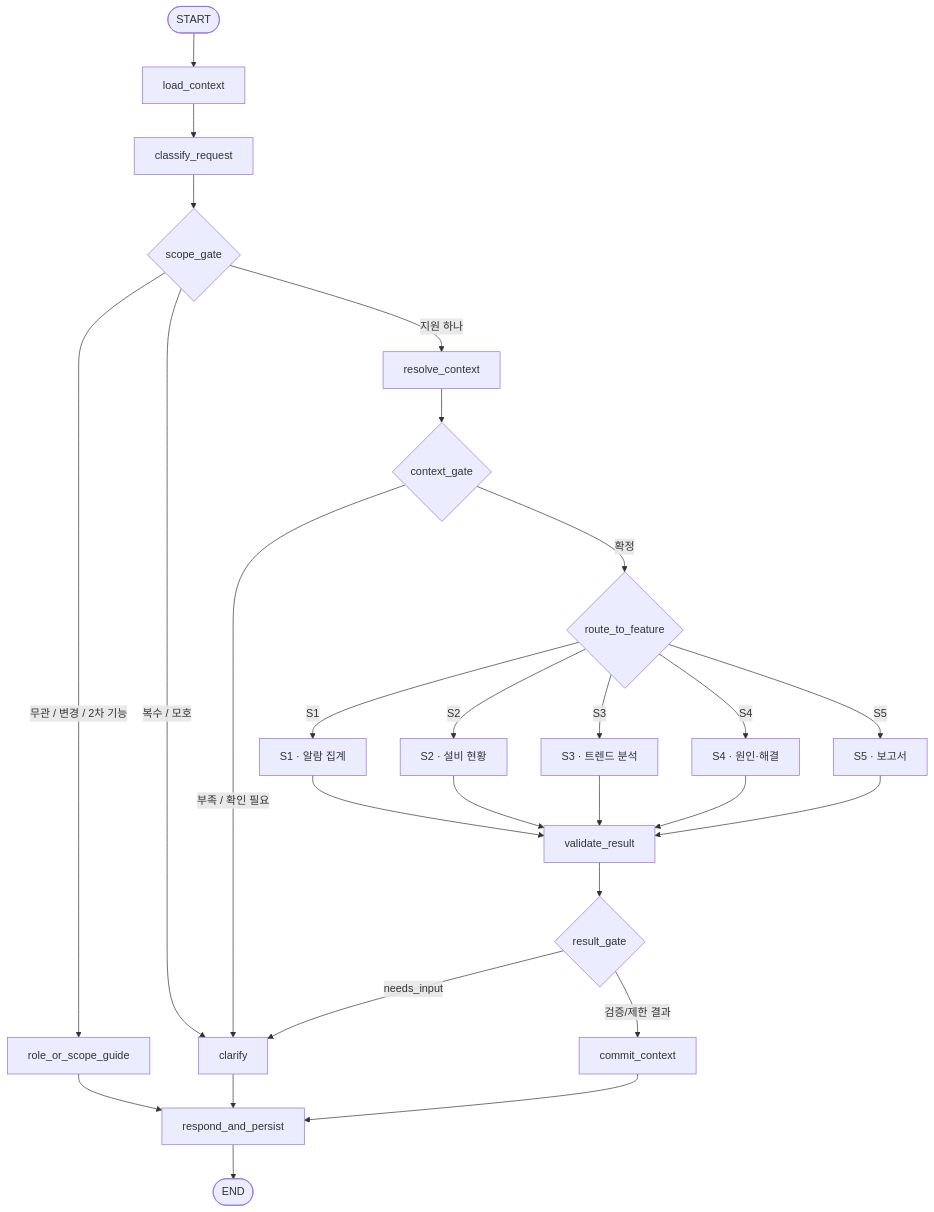
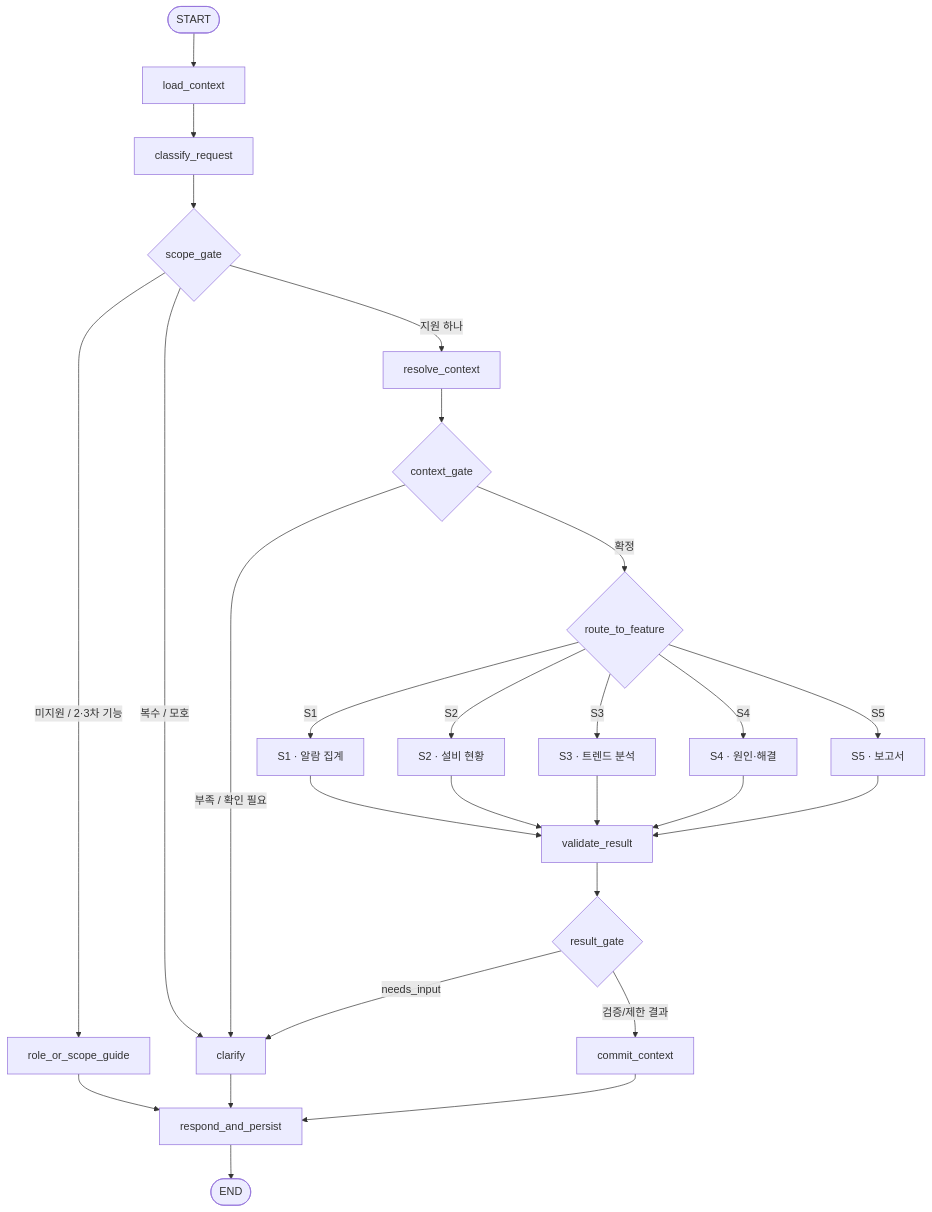
Before and after one commit to U-Je0n9/skadi-flow-lab: the second of 7 diagrams in design-v2.1.md, drawn with Mermaid. The commit also changed other lines of this file and 13 other files, not shown here.

````diff
--- a/design-v2.1.md
+++ b/design-v2.1.md
@@ -69,48 +85,48 @@
 ```mermaid
 flowchart TD
     node_start(["START"])
     node_load["load_context"]
     node_classify["classify_request"]
     node_scope{"scope_gate"}
     node_guide["role_or_scope_guide"]
     node_resolve["resolve_context"]
     node_ready{"context_gate"}
     node_ask["clarify"]
     node_dispatch{"route_to_feature"}
     node_s1["S1 · 알람 집계"]
     node_s2["S2 · 설비 현황"]
     node_s3["S3 · 트렌드 분석"]
     node_s4["S4 · 원인·해결"]
     node_s5["S5 · 보고서"]
     node_validate["validate_result"]
     node_result_gate{"result_gate"}
     node_commit["commit_context"]
     node_respond["respond_and_persist"]
     node_end(["END"])
     node_start --> node_load
     node_load --> node_classify
     node_classify --> node_scope
-    node_scope -->|"무관 / 변경 / 2차 기능"| node_guide
+    node_scope -->|"미지원 / 2·3차 기능"| node_guide
     node_scope -->|"복수 / 모호"| node_ask
     node_scope -->|"지원 하나"| node_resolve
     node_resolve --> node_ready
     node_ready -->|"부족 / 확인 필요"| node_ask
     node_ready -->|"확정"| node_dispatch
     node_dispatch -->|"S1"| node_s1
     node_dispatch -->|"S2"| node_s2
     node_dispatch -->|"S3"| node_s3
     node_dispatch -->|"S4"| node_s4
     node_dispatch -->|"S5"| node_s5
     node_s1 --> node_validate
     node_s2 --> node_validate
     node_s3 --> node_validate
     node_s4 --> node_validate
     node_s5 --> node_validate
     node_validate --> node_result_gate
     node_result_gate -->|"needs_input"| node_ask
     node_result_gate -->|"검증/제한 결과"| node_commit
     node_commit --> node_respond
     node_ask --> node_respond
     node_guide --> node_respond
     node_respond --> node_end
 ```
````
